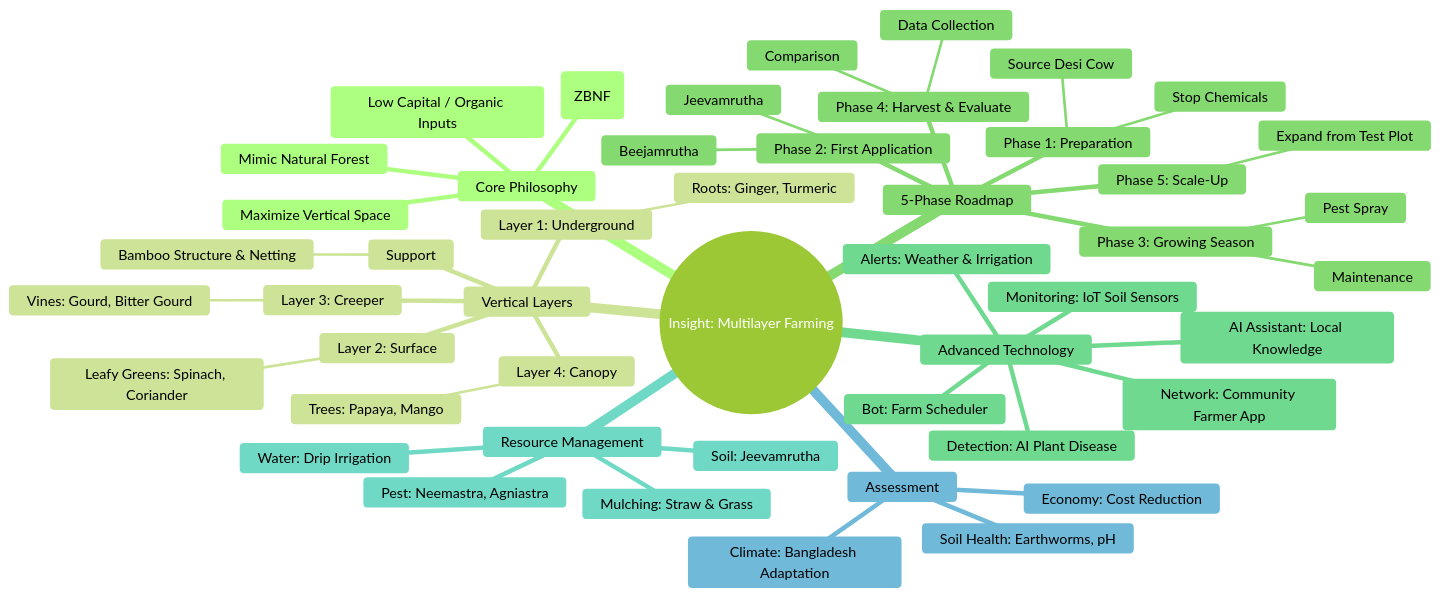
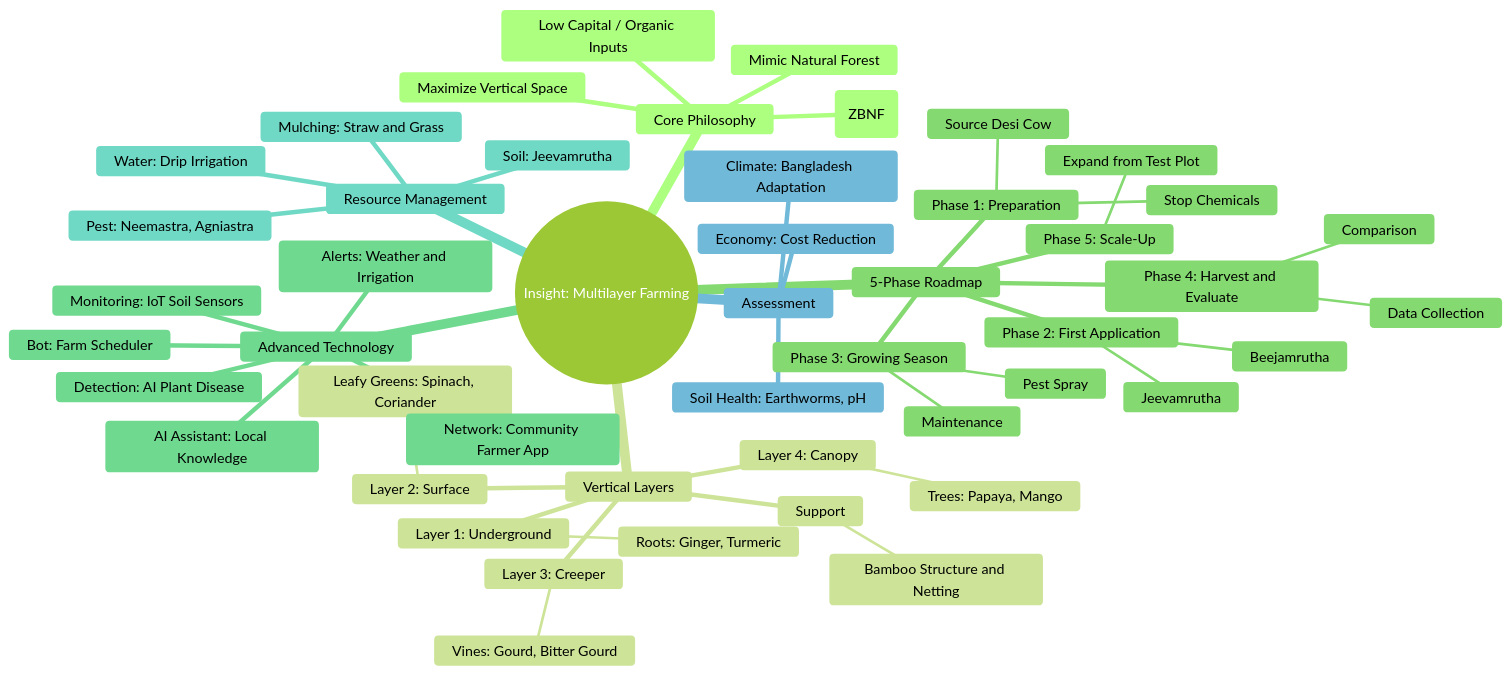
The diagram in content/_index.md (abidkhan484/agri-insight), drawn with Mermaid (forest theme) before and after one commit. The commit also changed 1 other file, not shown here.

Commit message:
fix: ampersand removed from the mermaid code

````diff
--- a/content/_index.md
+++ b/content/_index.md
@@ -18,51 +18,51 @@
 ```mermaid
 mindmap
   root((Insight: Multilayer Farming))
     Core Philosophy
       Zero-Budget Natural Farming (ZBNF)
       Mimic Natural Forest
       Maximize Vertical Space
       Low Capital / Organic Inputs
     Vertical Layers
       Layer 1: Underground
         Roots: Ginger, Turmeric
       Layer 2: Surface
         Leafy Greens: Spinach, Coriander
       Layer 3: Creeper
         Vines: Gourd, Bitter Gourd
       Layer 4: Canopy
         Trees: Papaya, Mango
       Support
-        Bamboo Structure & Netting
+        Bamboo Structure and Netting
     5-Phase Roadmap
       Phase 1: Preparation
         Source Desi Cow
         Stop Chemicals
       Phase 2: First Application
         Jeevamrutha
         Beejamrutha
       Phase 3: Growing Season
         Maintenance
         Pest Spray
-      Phase 4: Harvest & Evaluate
+      Phase 4: Harvest and Evaluate
         Data Collection
         Comparison
       Phase 5: Scale-Up
         Expand from Test Plot
     Advanced Technology
       Bot: Farm Scheduler
-      Alerts: Weather & Irrigation
+      Alerts: Weather and Irrigation
       Monitoring: IoT Soil Sensors
       Detection: AI Plant Disease
       AI Assistant: Local Knowledge
       Network: Community Farmer App
     Resource Management
       Soil: Jeevamrutha
       Pest: Neemastra, Agniastra
       Water: Drip Irrigation
-      Mulching: Straw & Grass
+      Mulching: Straw and Grass
     Assessment
       Soil Health: Earthworms, pH
       Climate: Bangladesh Adaptation
       Economy: Cost Reduction
 ```
````
